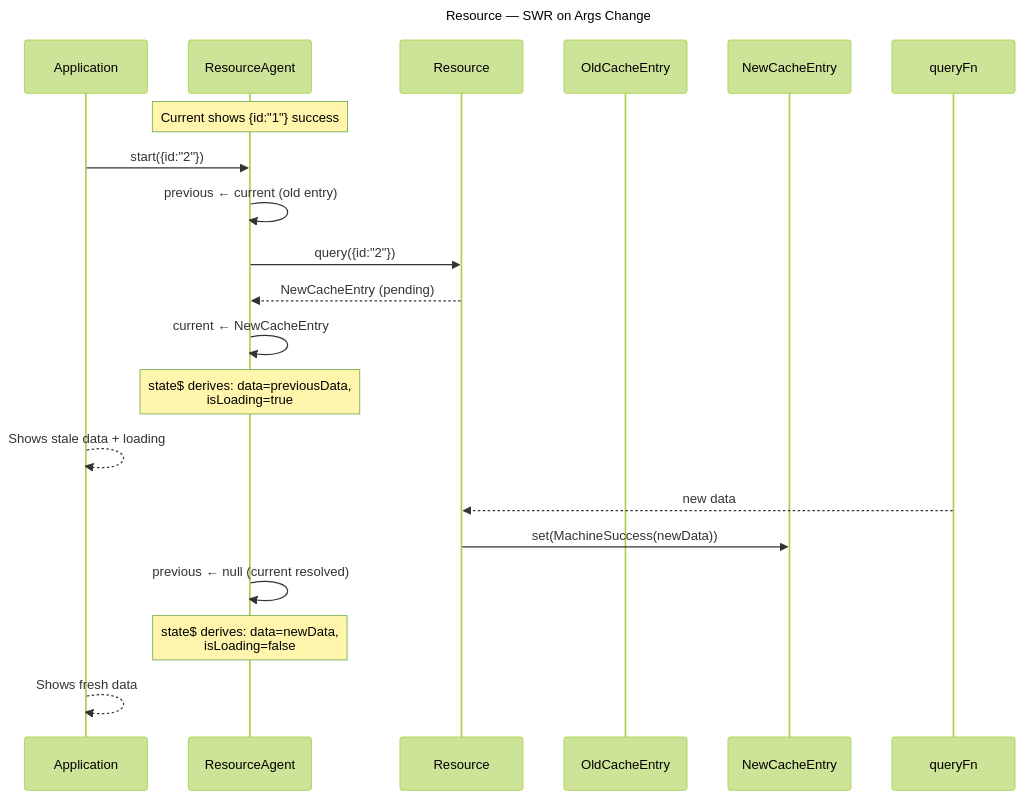
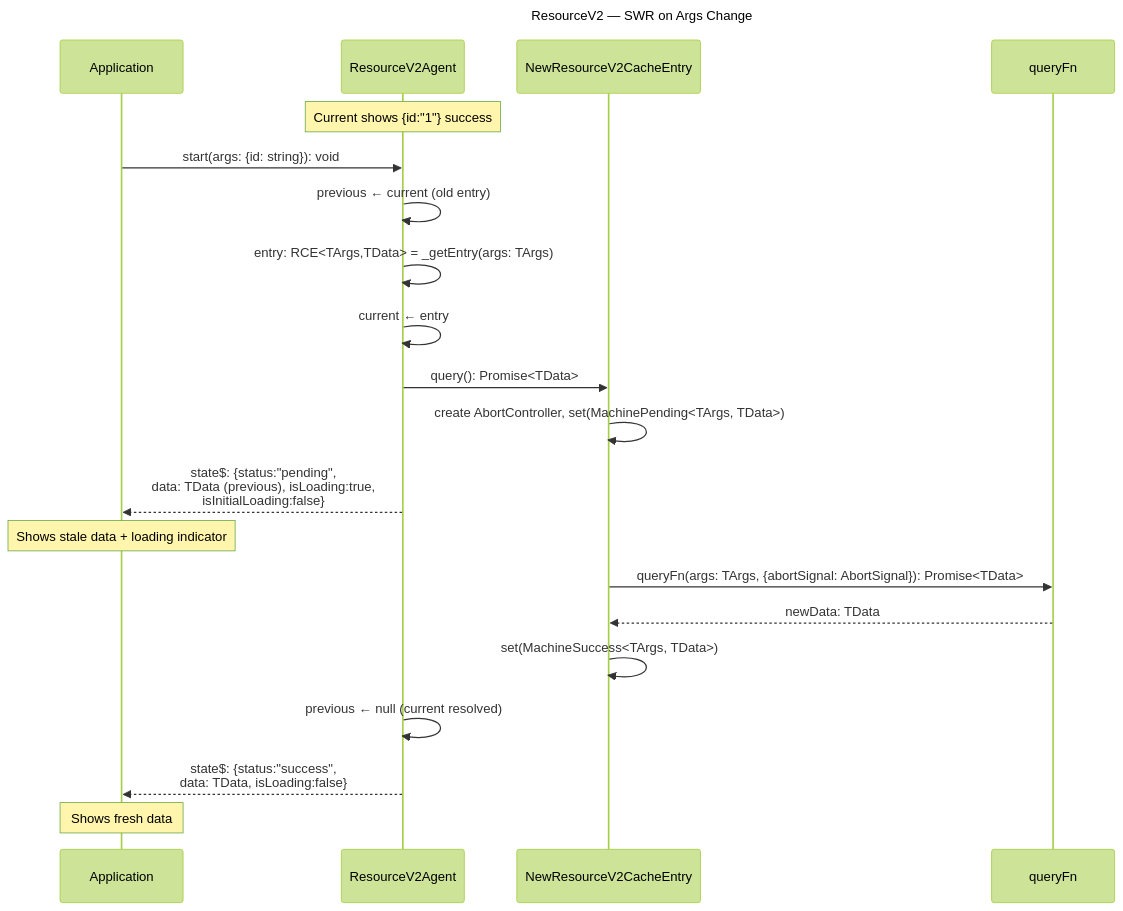
The second of 19 diagrams in .thoughts/2026-03-23-1400_query-v2-full-implementation/02-design/02-dataflow.md (fozy-labs/rx-toolkit), drawn with Mermaid (forest theme) before and after one commit. The commit also changed other lines of this file and 204 other files, not shown here.

````diff
--- a/.thoughts/2026-03-23-1400_query-v2-full-implementation/02-design/02-dataflow.md
+++ b/.thoughts/2026-03-23-1400_query-v2-full-implementation/02-design/02-dataflow.md
@@ -43,24 +43,24 @@
 ```mermaid
 sequenceDiagram
-    title Resource — SWR on Args Change
+    title ResourceV2 — SWR on Args Change
     participant App as Application
-    participant Agent as ResourceAgent
-    participant Res as Resource
-    participant OldCE as OldCacheEntry
-    participant NewCE as NewCacheEntry
+    participant Agent as ResourceV2Agent
+    participant NewRCE as NewResourceV2CacheEntry
     participant QFn as queryFn
     
     Note over Agent: Current shows {id:"1"} success
-    App->>Agent: start({id:"2"})
+    App->>Agent: start(args: {id: string}): void
     Agent->>Agent: previous ← current (old entry)
-    Agent->>Res: query({id:"2"})
-    Res-->>Agent: NewCacheEntry (pending)
-    Agent->>Agent: current ← NewCacheEntry
-    Note over Agent: state$ derives: data=previousData,<br/>isLoading=true
-    App-->>App: Shows stale data + loading
-    QFn-->>Res: new data
-    Res->>NewCE: set(MachineSuccess(newData))
+    Agent->>Agent: entry: RCE<TArgs,TData> = _getEntry(args: TArgs)
+    Agent->>Agent: current ← entry
+    Agent->>NewRCE: query(): Promise<TData>
+    NewRCE->>NewRCE: create AbortController, set(MachinePending<TArgs, TData>)
+    Agent-->>App: state$: {status:"pending",<br/>data: TData (previous), isLoading:true,<br/>isInitialLoading:false}
+    Note over App: Shows stale data + loading indicator
+    NewRCE->>QFn: queryFn(args: TArgs, {abortSignal: AbortSignal}): Promise<TData>
+    QFn-->>NewRCE: newData: TData
+    NewRCE->>NewRCE: set(MachineSuccess<TArgs, TData>)
     Agent->>Agent: previous ← null (current resolved)
-    Note over Agent: state$ derives: data=newData,<br/>isLoading=false
-    App-->>App: Shows fresh data
+    Agent-->>App: state$: {status:"success",<br/>data: TData, isLoading:false}
+    Note over App: Shows fresh data
 ```
````
